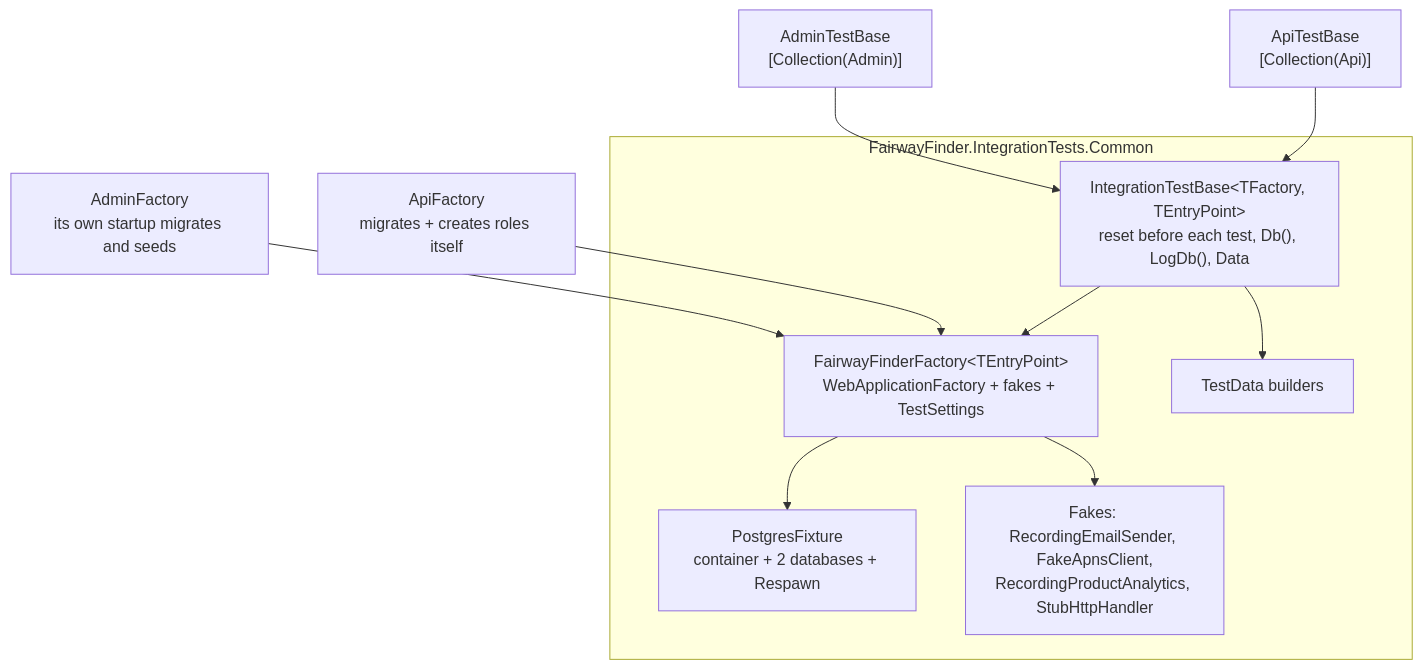
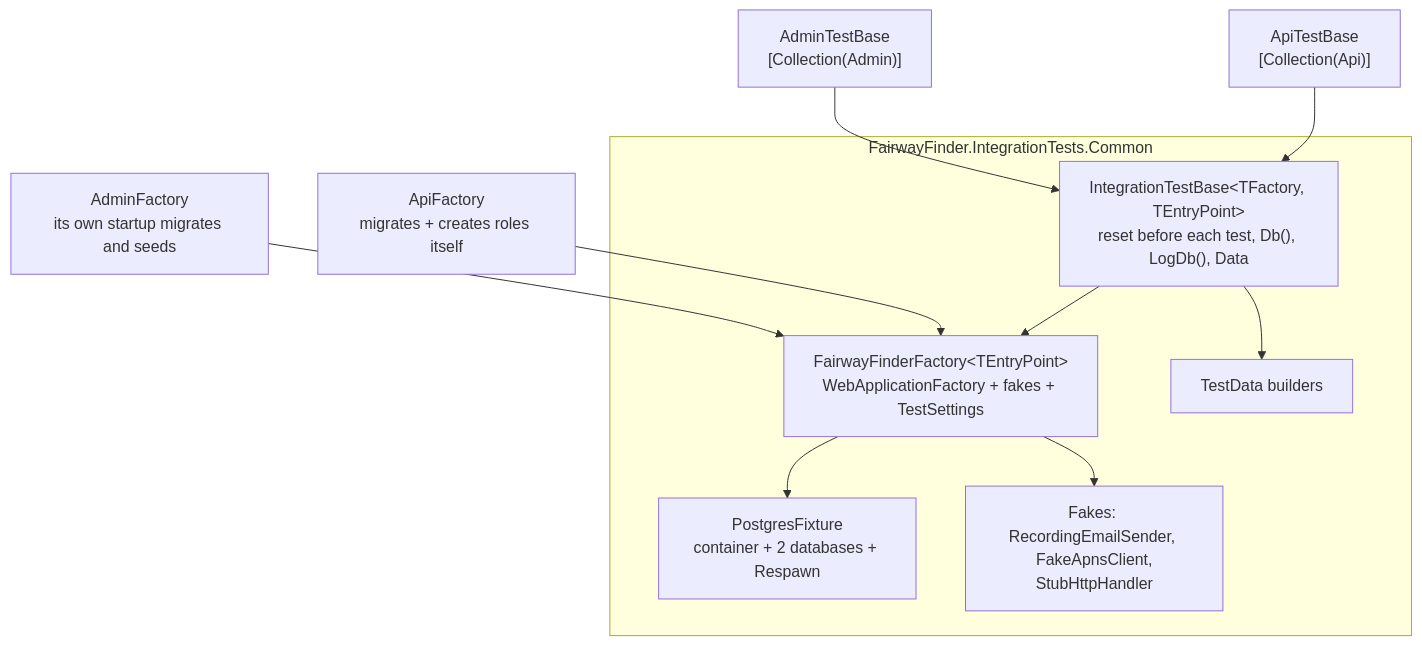
Before and after one commit to georgebjork/FairwayFinder: the diagram in docs/testing.md, drawn with Mermaid. The commit also changed other lines of this file and 56 other files, not shown here.

````diff
--- a/docs/testing.md
+++ b/docs/testing.md
@@ -46,18 +46,18 @@
 ```mermaid
 flowchart TB
     subgraph Common["FairwayFinder.IntegrationTests.Common"]
         PF["PostgresFixture<br/>container + 2 databases + Respawn"]
         FF["FairwayFinderFactory&lt;TEntryPoint&gt;<br/>WebApplicationFactory + fakes + TestSettings"]
         ITB["IntegrationTestBase&lt;TFactory, TEntryPoint&gt;<br/>reset before each test, Db(), LogDb(), Data"]
         TD["TestData builders"]
-        FK["Fakes: RecordingEmailSender, FakeApnsClient,<br/>RecordingProductAnalytics, StubHttpHandler"]
+        FK["Fakes: RecordingEmailSender, FakeApnsClient,<br/>StubHttpHandler"]
     end
     FF --> PF
     FF --> FK
     ITB --> FF
     ITB --> TD
     ApiF["ApiFactory<br/>migrates + creates roles itself"] --> FF
     AdmF["AdminFactory<br/>its own startup migrates and seeds"] --> FF
     ApiB["ApiTestBase<br/>[Collection(Api)]"] --> ITB
     AdmB["AdminTestBase<br/>[Collection(Admin)]"] --> ITB
 ```
````
